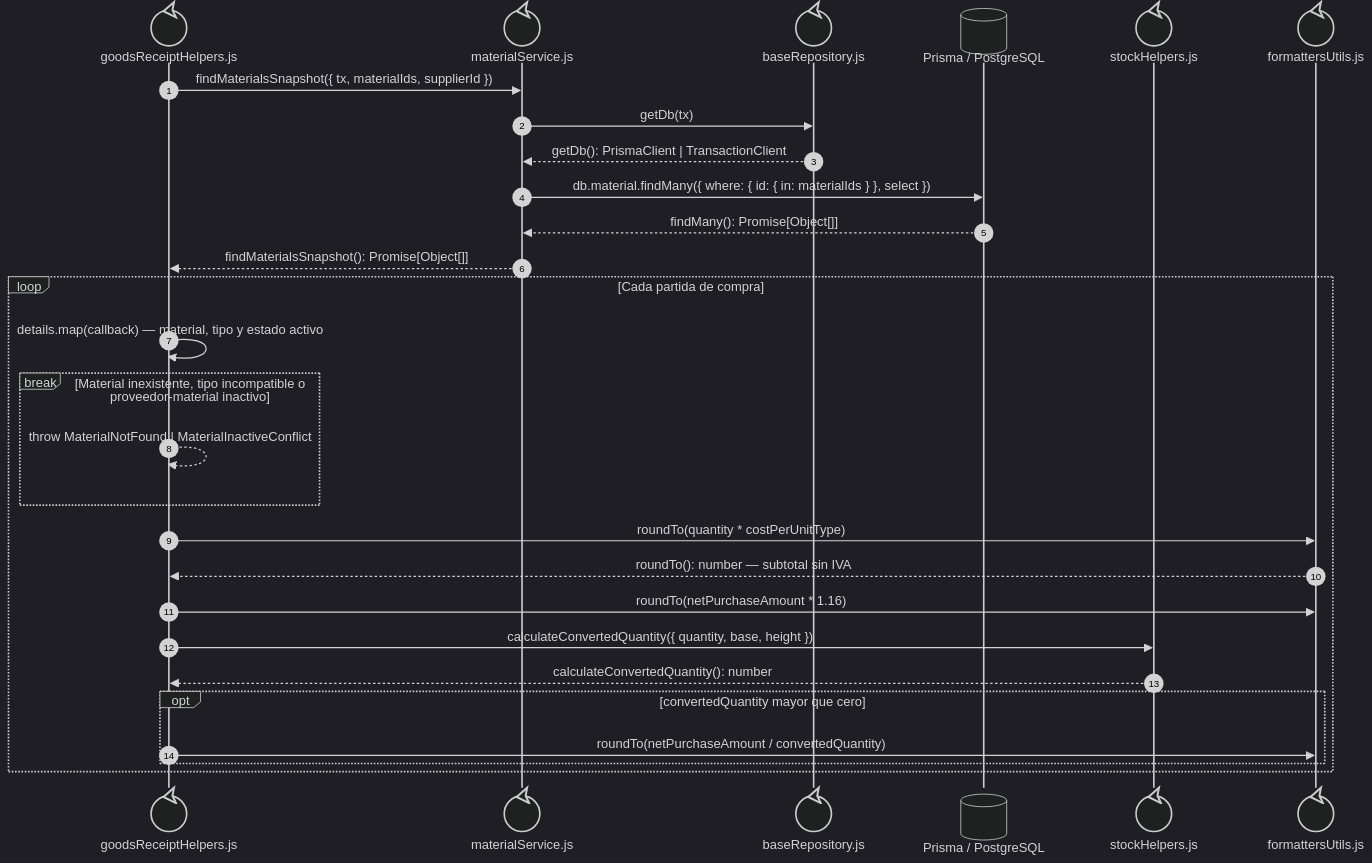
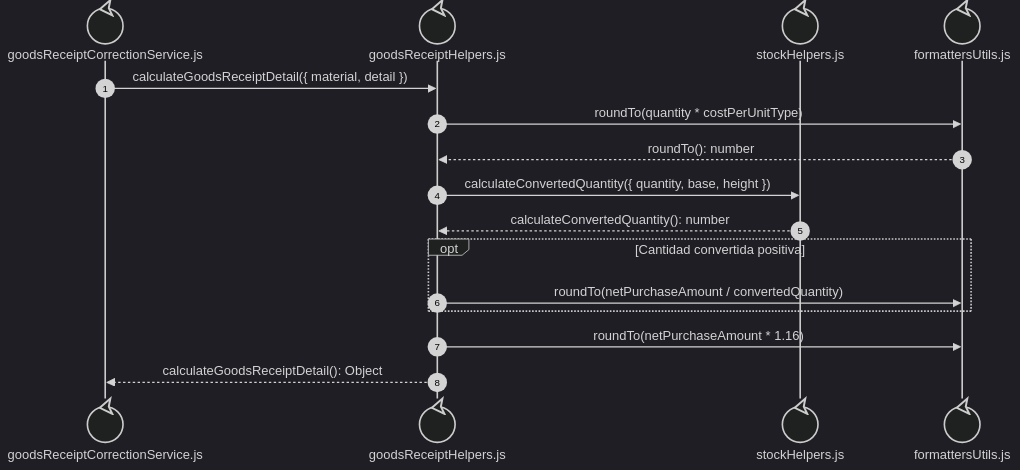
The fifth of 5 diagrams in docs/architecture/views/processes/backend-code-sequences/purchases/cu-ent-04.md (gpgsistemas01/nexus), drawn with Mermaid (dark theme) before and after one commit. The commit also changed other lines of this file and 122 other files, not shown here.

````diff
--- a/docs/architecture/views/processes/backend-code-sequences/purchases/cu-ent-04.md
+++ b/docs/architecture/views/processes/backend-code-sequences/purchases/cu-ent-04.md
@@ -226,31 +225,18 @@
 ```mermaid
 sequenceDiagram
     autonumber
+    participant Core@{ "type": "control" } as goodsReceiptCorrectionService.js
     participant Helpers@{ "type": "control" } as goodsReceiptHelpers.js
-    participant Materials@{ "type": "control" } as materialService.js
-    participant FileBaseRepository@{ "type": "control" } as baseRepository.js
-    participant Prisma@{ "type": "database" } as Prisma / PostgreSQL
     participant Conversion@{ "type": "control" } as stockHelpers.js
     participant Formatter@{ "type": "control" } as formattersUtils.js
-
-    Helpers->>Materials: findMaterialsSnapshot({ tx, materialIds, supplierId })
-    Materials->>FileBaseRepository: getDb(tx)
-    FileBaseRepository-->>Materials: getDb(): PrismaClient | TransactionClient
-    Materials->>Prisma: db.material.findMany({ where: { id: { in: materialIds } }, select })
-    Prisma-->>Materials: findMany(): Promise[Object[]]
-    Materials-->>Helpers: findMaterialsSnapshot(): Promise[Object[]]
-    loop Cada partida de compra
-        Helpers->>Helpers: details.map(callback) — material, tipo y estado activo
-        break Material inexistente, tipo incompatible o proveedor-material inactivo
-            Helpers-->>Helpers: throw MaterialNotFound | MaterialInactiveConflict
-        end
-        Helpers->>Formatter: roundTo(quantity * costPerUnitType)
-        Formatter-->>Helpers: roundTo(): number — subtotal sin IVA
-        Helpers->>Formatter: roundTo(netPurchaseAmount * 1.16)
-        Helpers->>Conversion: calculateConvertedQuantity({ quantity, base, height })
-        Conversion-->>Helpers: calculateConvertedQuantity(): number
-        opt convertedQuantity mayor que cero
-            Helpers->>Formatter: roundTo(netPurchaseAmount / convertedQuantity)
-        end
+    Core->>Helpers: calculateGoodsReceiptDetail({ material, detail })
+    Helpers->>Formatter: roundTo(quantity * costPerUnitType)
+    Formatter-->>Helpers: roundTo(): number
+    Helpers->>Conversion: calculateConvertedQuantity({ quantity, base, height })
+    Conversion-->>Helpers: calculateConvertedQuantity(): number
+    opt Cantidad convertida positiva
+        Helpers->>Formatter: roundTo(netPurchaseAmount / convertedQuantity)
     end
+    Helpers->>Formatter: roundTo(netPurchaseAmount * 1.16)
+    Helpers-->>Core: calculateGoodsReceiptDetail(): Object
 ```
````
